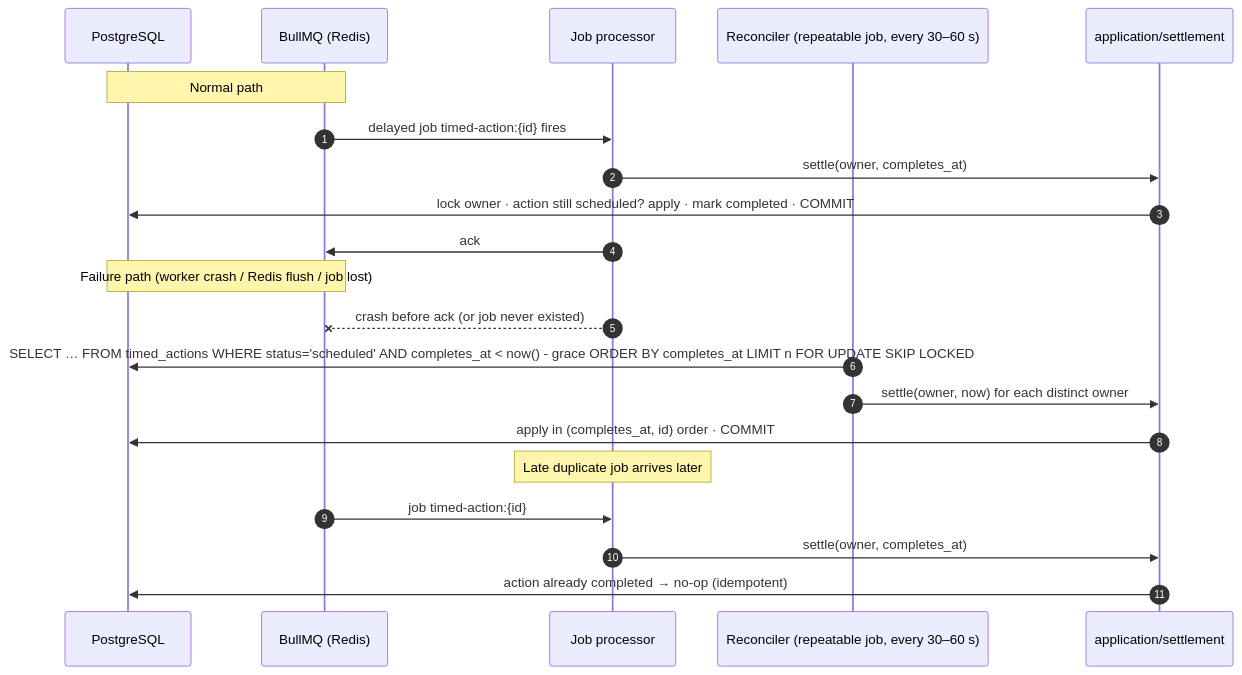
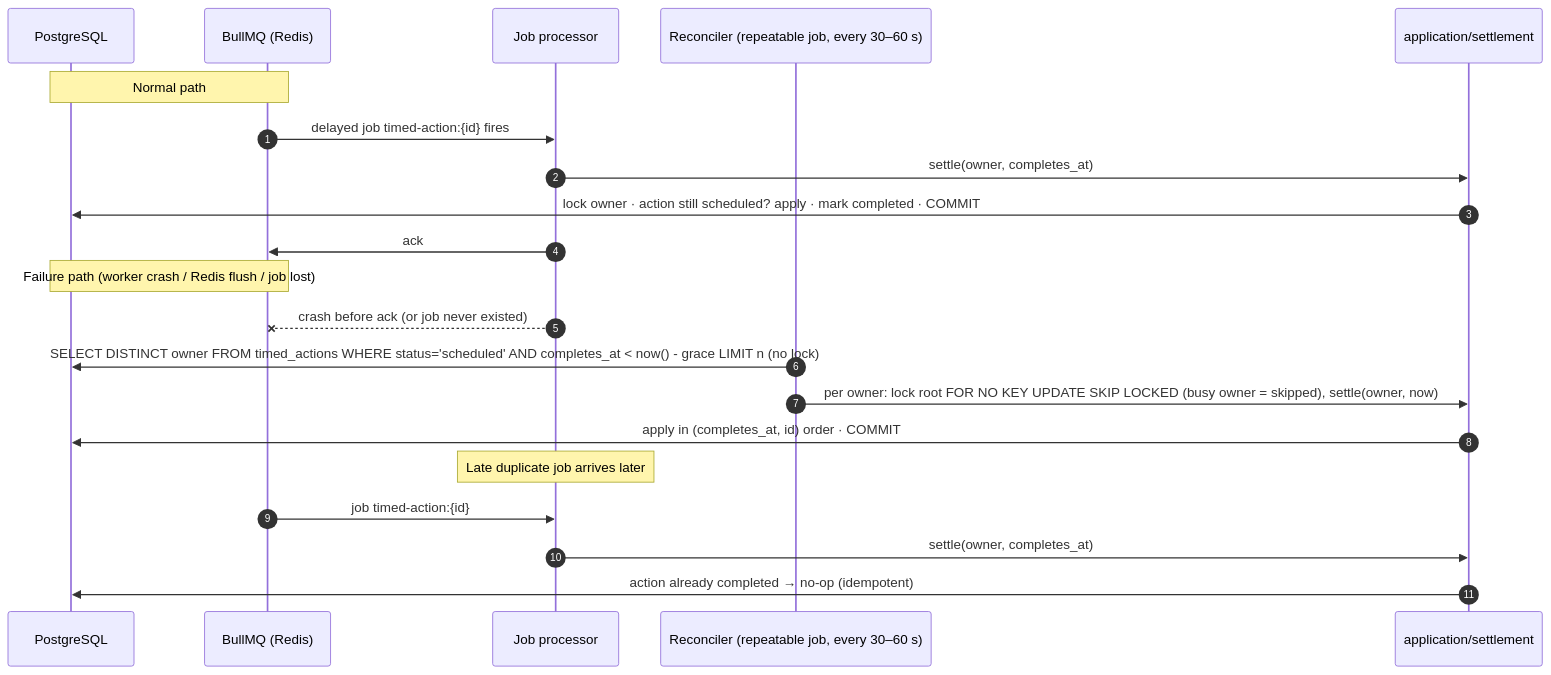
Before and after one commit to neoprankoj/Game: the seventh of 14 diagrams in docs/architecture/SYSTEM_ARCHITECTURE.md, drawn with Mermaid. The commit also changed other lines of this file and 4 other files, not shown here.

First line of the commit message:
docs(database): Part 1.3 DATABASE_DESIGN.md with verified reference schema

````diff
--- a/docs/architecture/SYSTEM_ARCHITECTURE.md
+++ b/docs/architecture/SYSTEM_ARCHITECTURE.md
@@ -447,25 +447,25 @@
 ```mermaid
 sequenceDiagram
     autonumber
     participant DB as PostgreSQL
     participant Q as BullMQ (Redis)
     participant W as Job processor
     participant RC as Reconciler (repeatable job, every 30–60 s)
     participant S as application/settlement
 
     Note over DB,Q: Normal path
     Q->>W: delayed job timed-action:{id} fires
     W->>S: settle(owner, completes_at)
     S->>DB: lock owner · action still scheduled? apply · mark completed · COMMIT
     W->>Q: ack
 
     Note over DB,Q: Failure path (worker crash / Redis flush / job lost)
     W--xQ: crash before ack (or job never existed)
-    RC->>DB: SELECT … FROM timed_actions WHERE status='scheduled' AND completes_at < now() - grace ORDER BY completes_at LIMIT n FOR UPDATE SKIP LOCKED
-    RC->>S: settle(owner, now) for each distinct owner
+    RC->>DB: SELECT DISTINCT owner FROM timed_actions WHERE status='scheduled' AND completes_at < now() - grace LIMIT n (no lock)
+    RC->>S: per owner: lock root FOR NO KEY UPDATE SKIP LOCKED (busy owner = skipped), settle(owner, now)
     S->>DB: apply in (completes_at, id) order · COMMIT
     Note over W: Late duplicate job arrives later
     Q->>W: job timed-action:{id}
     W->>S: settle(owner, completes_at)
     S->>DB: action already completed → no-op (idempotent)
 ```
````
